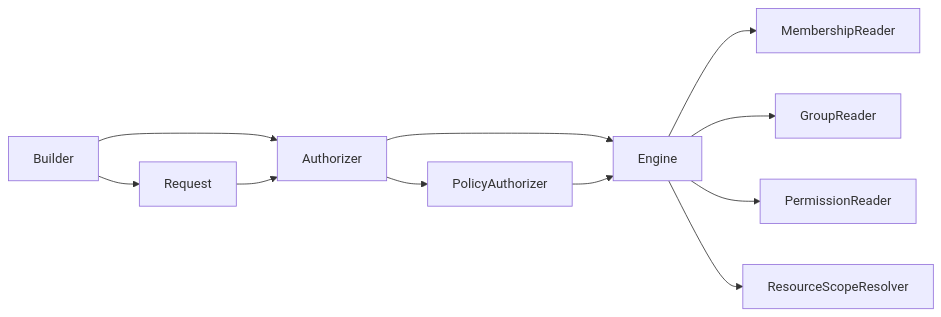
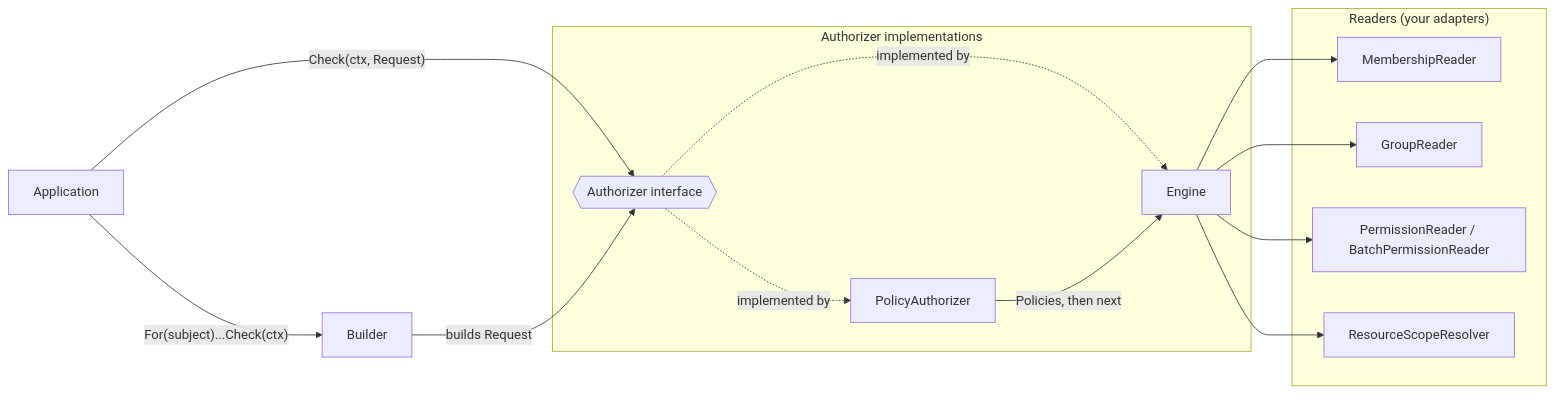
The second of 2 diagrams in README.md (rluders/canery), drawn with Mermaid before and after one commit.

Commit message:
Fix README architecture diagram (#25)
The old diagram drew the Authorizer interface as calling its
implementations and looped Builder -> Request -> Authorizer. Show
Authorizer as an interface implemented by Engine and PolicyAuthorizer,
PolicyAuthorizer wrapping Engine, and the readers in their own group.

Claude-Session: https://claude.ai/code/session_01KHCg6uSKcwPxrFjPqx4BRh

````diff
--- a/README.md
+++ b/README.md
@@ -199,13 +199,24 @@
 ```mermaid
 flowchart LR
-  B[Builder] --> A[Authorizer]
-  A --> PA[PolicyAuthorizer]
-  A --> E[Engine]
-  PA --> E
-  B --> R[Request]
-  R --> A
-  E --> M[MembershipReader]
-  E --> G[GroupReader]
-  E --> PR[PermissionReader]
-  E --> S[ResourceScopeResolver]
+  App["Application"] -->|"For(subject)...Check(ctx)"| B["Builder"]
+  App -->|"Check(ctx, Request)"| A
+  B -->|"builds Request"| A
+  subgraph Authorizers["Authorizer implementations"]
+    A{{"Authorizer interface"}}
+    PA["PolicyAuthorizer"]
+    E["Engine"]
+  end
+  A -.->|"implemented by"| PA
+  A -.->|"implemented by"| E
+  PA -->|"Policies, then next"| E
+  subgraph Readers["Readers (your adapters)"]
+    M["MembershipReader"]
+    G["GroupReader"]
+    PR["PermissionReader / BatchPermissionReader"]
+    S["ResourceScopeResolver"]
+  end
+  E --> M
+  E --> G
+  E --> PR
+  E --> S
 ```
````
